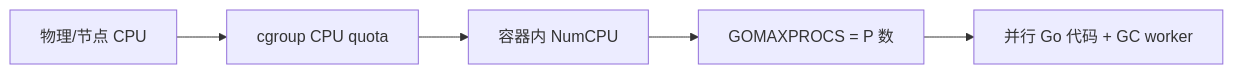
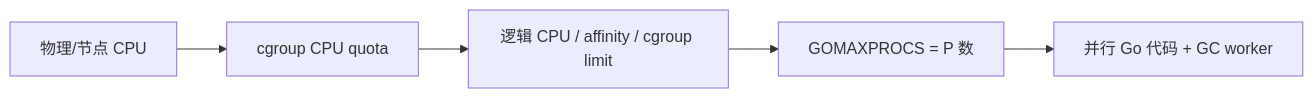
The diagram in docs/interview/01-runtime-concurrency/S-CONC-04-gomaxprocs.md (twodog-tt/Golang-development-manual), drawn with Mermaid before and after one commit. The commit also changed other lines of this file and 438 other files, not shown here.

````diff
--- a/docs/interview/01-runtime-concurrency/S-CONC-04-gomaxprocs.md
+++ b/docs/interview/01-runtime-concurrency/S-CONC-04-gomaxprocs.md
@@ -32,7 +38,7 @@
 ```mermaid
 flowchart LR
   Host[物理/节点 CPU] --> Cgroup[cgroup CPU quota]
-  Cgroup --> Visible[容器内 NumCPU]
-  Visible --> GMP[GOMAXPROCS = P 数]
+  Cgroup --> Default[逻辑 CPU / affinity / cgroup limit]
+  Default --> GMP[GOMAXPROCS = P 数]
   GMP --> Parallel[并行 Go 代码 + GC worker]
 ```
````
